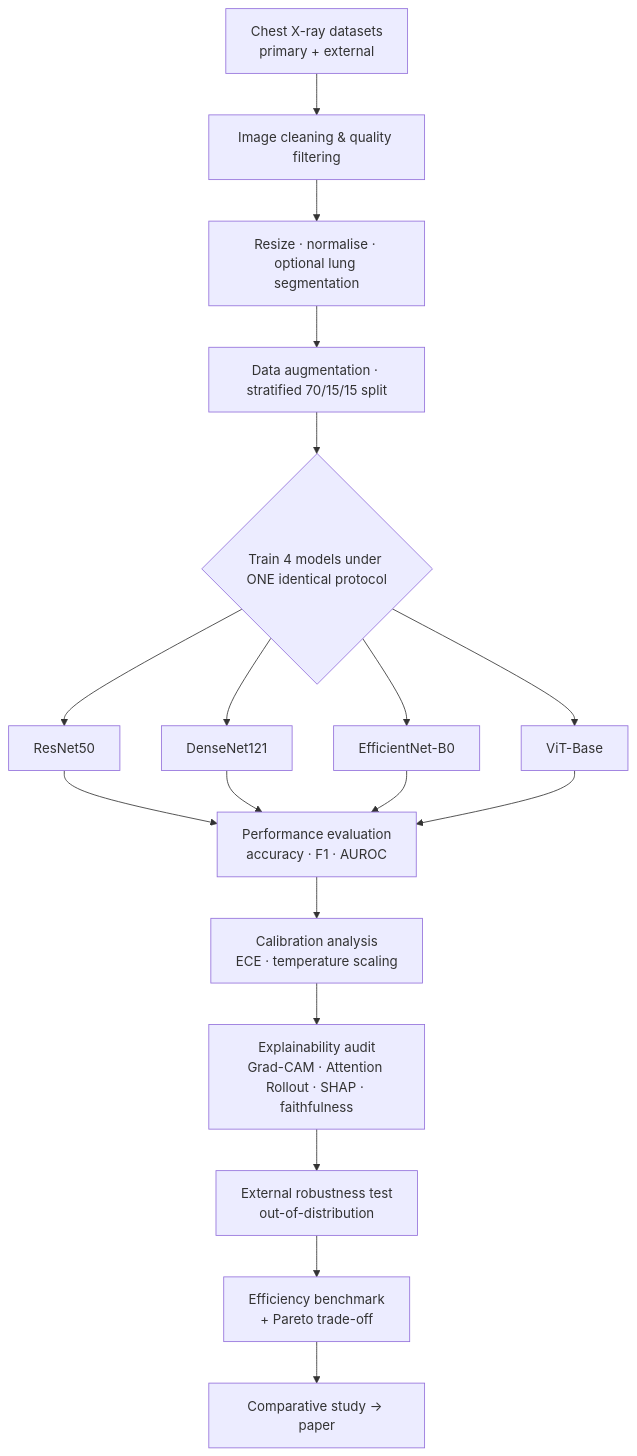
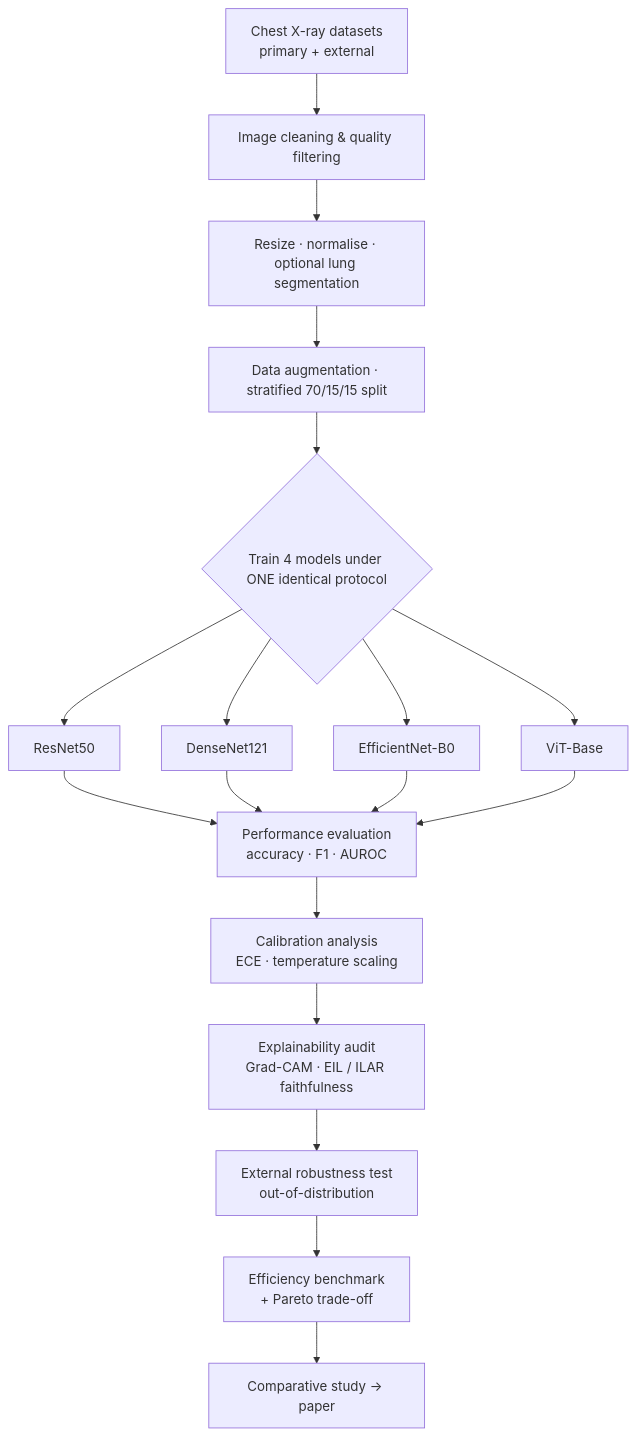
One commit to Ravindu-Pathirana/Chest-X-ray-Disease-Detection changed the diagram in README.md. Above: the diagram before and after it, drawn with Mermaid. The commit also changed other lines of this file and 38 other files, not shown here.

````diff
--- a/README.md
+++ b/README.md
@@ -104,17 +156,17 @@
 ```mermaid
 flowchart TD
     A[Chest X-ray datasets<br/>primary + external] --> B[Image cleaning & quality filtering]
     B --> C[Resize · normalise · optional lung segmentation]
     C --> D[Data augmentation · stratified 70/15/15 split]
     D --> E{Train 4 models under ONE identical protocol}
     E --> M1[ResNet50]
     E --> M2[DenseNet121]
     E --> M3[EfficientNet-B0]
     E --> M4[ViT-Base]
     M1 & M2 & M3 & M4 --> F[Performance evaluation<br/>accuracy · F1 · AUROC]
     F --> G[Calibration analysis<br/>ECE · temperature scaling]
-    G --> H[Explainability audit<br/>Grad-CAM · Attention Rollout · SHAP · faithfulness]
+    G --> H[Explainability audit<br/>Grad-CAM · EIL / ILAR faithfulness]
     H --> I[External robustness test<br/>out-of-distribution]
     I --> J[Efficiency benchmark<br/>+ Pareto trade-off]
     J --> K[Comparative study → paper]
 ```
````
